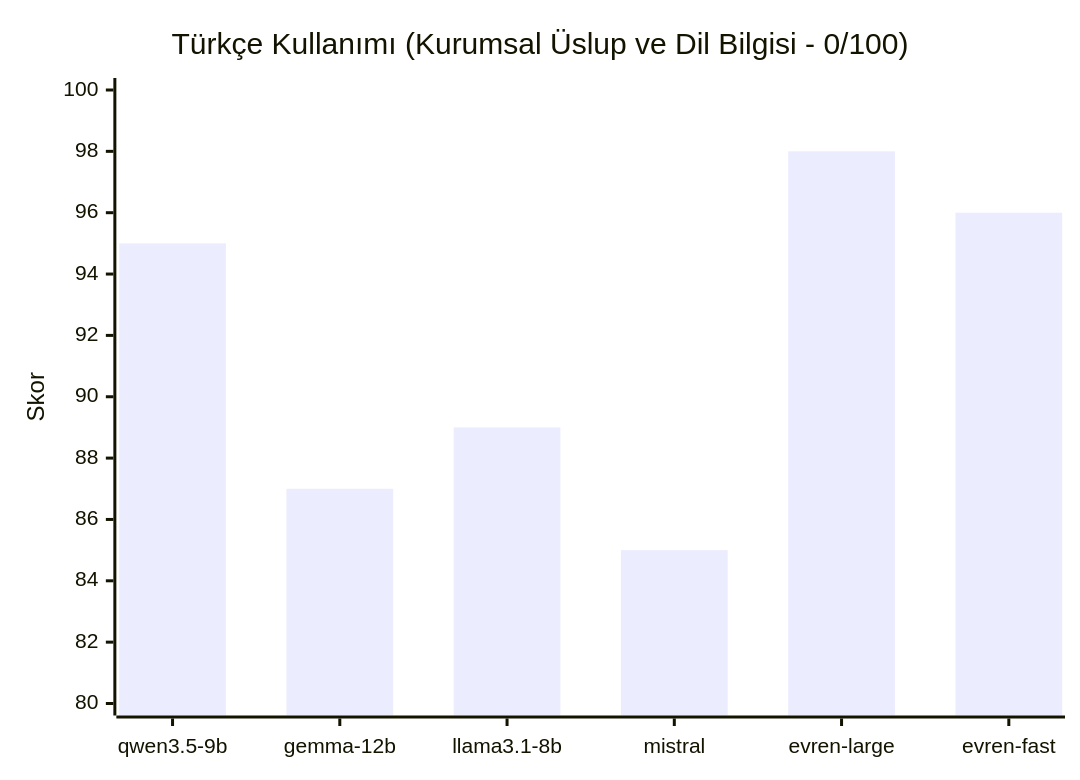
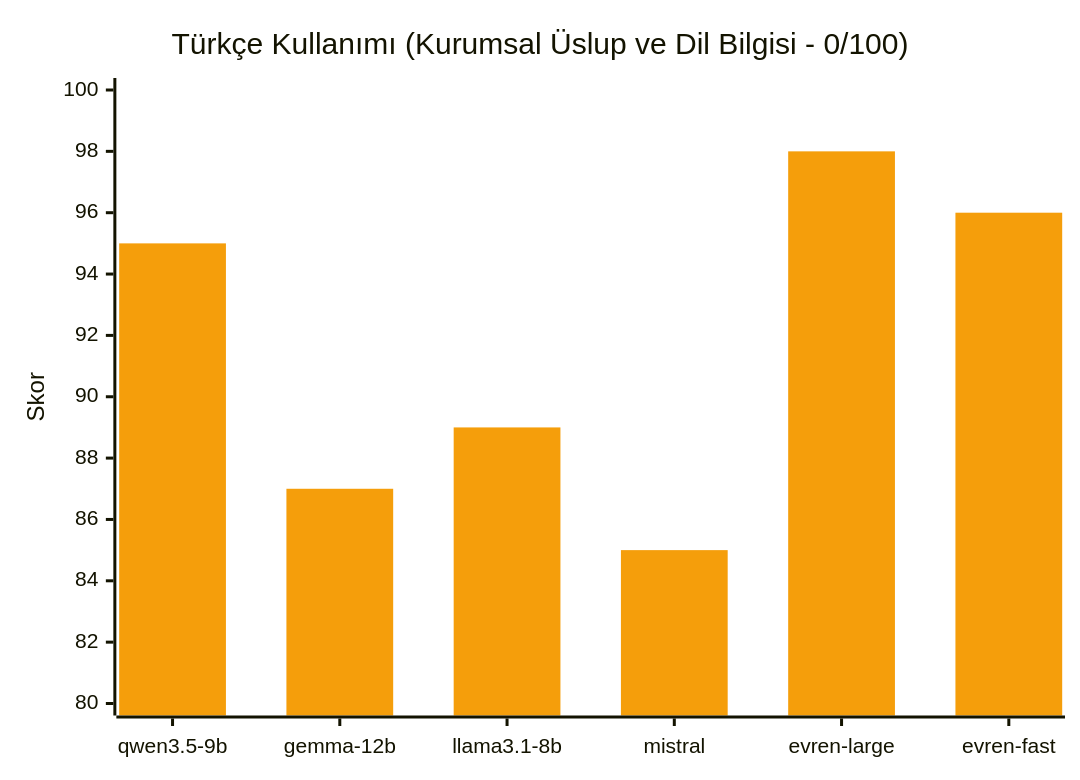
Diagram 13 of 16 in README.md (chyp3r/KACHOW-Teknofest-2026), drawn with Mermaid before and after one commit. The commit also changed other lines of this file, not shown here.

````diff
--- a/README.md
+++ b/README.md
@@ -572,7 +638,8 @@
 ```mermaid
+%%{init: { 'theme': 'base', 'themeVariables': { 'xyChart': {'plotColorPalette': '#f59e0b'} } } }%%
 xychart-beta
     title "Türkçe Kullanımı (Kurumsal Üslup ve Dil Bilgisi - 0/100)"
     x-axis ["qwen3.5-9b", "gemma-12b", "llama3.1-8b", "mistral", "evren-large", "evren-fast"]
     y-axis "Skor" 80 --> 100
     bar [95, 87, 89, 85, 98, 96]
 ```
````
